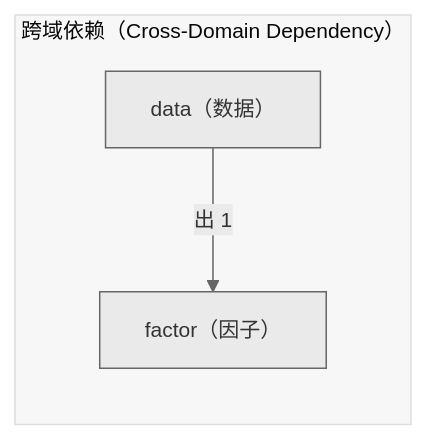
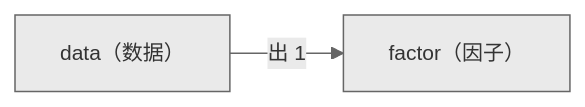
The second of 2 diagrams in docs/02_enterprise_architecture/06_decision_architecture/06_decision_l2a_data.md (xuanFelixVan/ZephyrAlpha), drawn with Mermaid before and after one commit. The commit also changed other lines of this file and 23 other files, not shown here.

First line of the commit message:
fix(decision-diagram): 去掉 subgraph + 加 secondaryColor 修复节点白色

````diff
--- a/docs/02_enterprise_architecture/06_decision_architecture/06_decision_l2a_data.md
+++ b/docs/02_enterprise_architecture/06_decision_architecture/06_decision_l2a_data.md
@@ -78,9 +78,7 @@
 ```mermaid
-%%{init: {'theme': 'base', 'themeVariables': {'primaryColor': '#eaeaea', 'primaryTextColor': '#333333', 'primaryBorderColor': '#666666', 'lineColor': '#666666', 'fontSize': '14px'}}}%%
+%%{init: {'theme': 'base', 'themeVariables': {'primaryColor': '#eaeaea', 'primaryTextColor': '#333333', 'primaryBorderColor': '#666666', 'lineColor': '#666666', 'secondaryColor': '#eaeaea', 'tertiaryColor': '#eaeaea', 'fontSize': '14px'}}}%%
 flowchart LR
-    subgraph cd_sg["跨域依赖（Cross-Domain Dependency）"]
-        SELF["data（数据）"]
-        EXT_factor["factor（因子）"]
-        SELF -->|出 1| EXT_factor
-    end
+    SELF["data（数据）"]
+    EXT_factor["factor（因子）"]
+    SELF -->|出 1| EXT_factor
 ```
````
